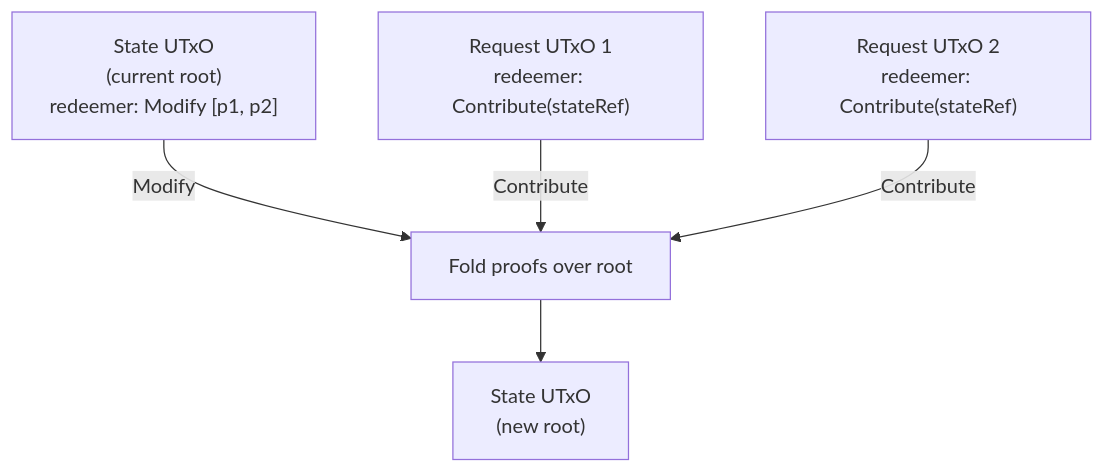
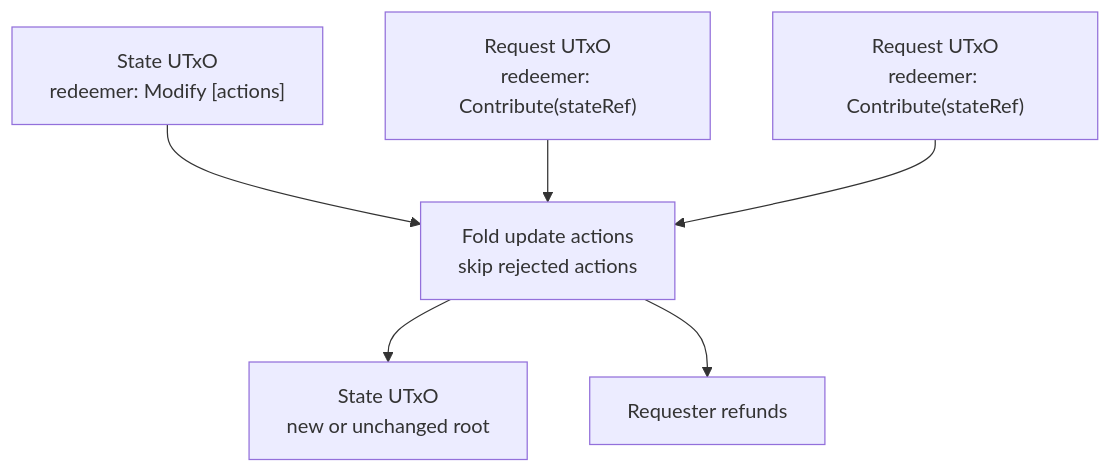
Before and after one commit to cardano-foundation/cardano-mpfs-onchain: the second of 2 diagrams in docs/architecture/validators.md, drawn with Mermaid. The commit also changed other lines of this file and 41 other files, not shown here.

````diff
--- a/docs/architecture/validators.md
+++ b/docs/architecture/validators.md
@@ -122,13 +131,15 @@
 ```mermaid
 graph TD
-    STATE_IN["State UTxO<br/>(current root)<br/>redeemer: Modify [p1, p2]"]
-    REQ1["Request UTxO 1<br/>redeemer: Contribute(stateRef)"]
-    REQ2["Request UTxO 2<br/>redeemer: Contribute(stateRef)"]
-    FOLD["Fold proofs over root"]
-    STATE_OUT["State UTxO<br/>(new root)"]
+    STATE_IN["State UTxO<br/>redeemer: Modify [actions]"]
+    REQ1["Request UTxO<br/>redeemer: Contribute(stateRef)"]
+    REQ2["Request UTxO<br/>redeemer: Contribute(stateRef)"]
+    FOLD["Fold update actions<br/>skip rejected actions"]
+    STATE_OUT["State UTxO<br/>new or unchanged root"]
+    REFUNDS["Requester refunds"]
 
-    STATE_IN -->|Modify| FOLD
-    REQ1 -->|Contribute| FOLD
-    REQ2 -->|Contribute| FOLD
+    STATE_IN --> FOLD
+    REQ1 --> FOLD
+    REQ2 --> FOLD
     FOLD --> STATE_OUT
+    FOLD --> REFUNDS
 ```
````
